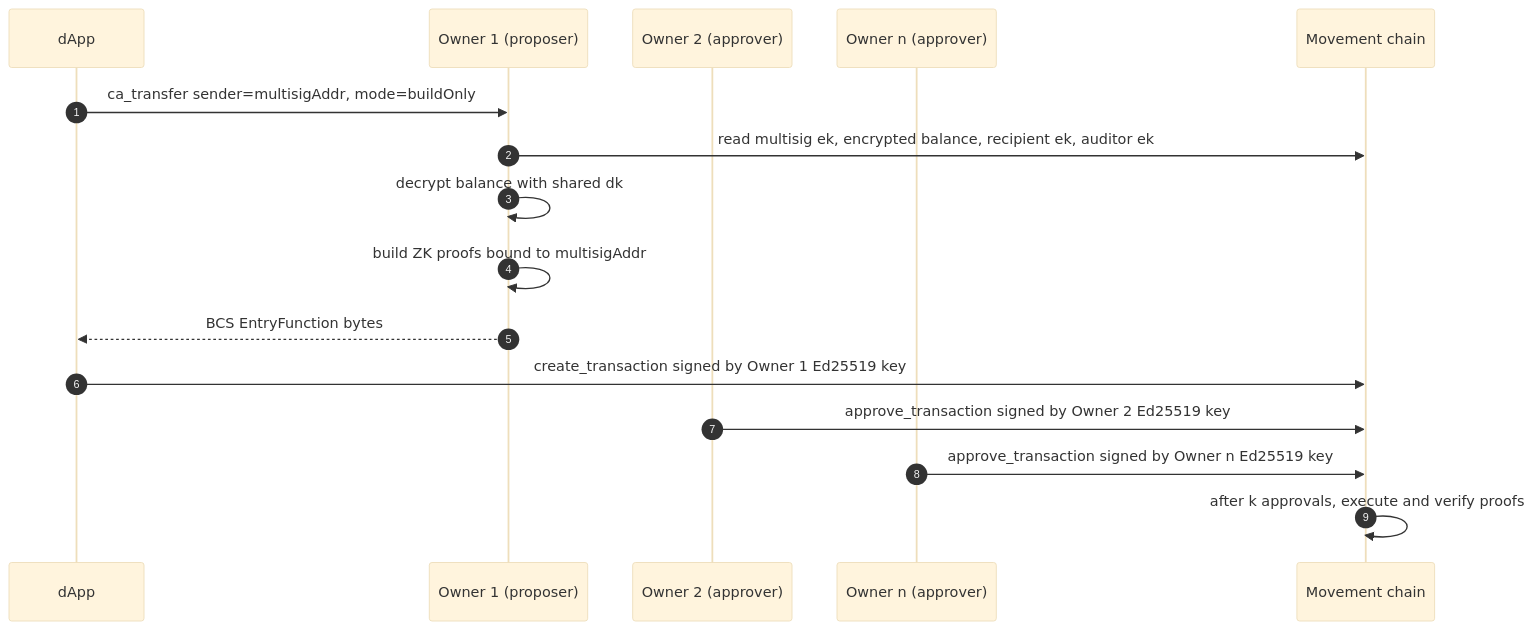
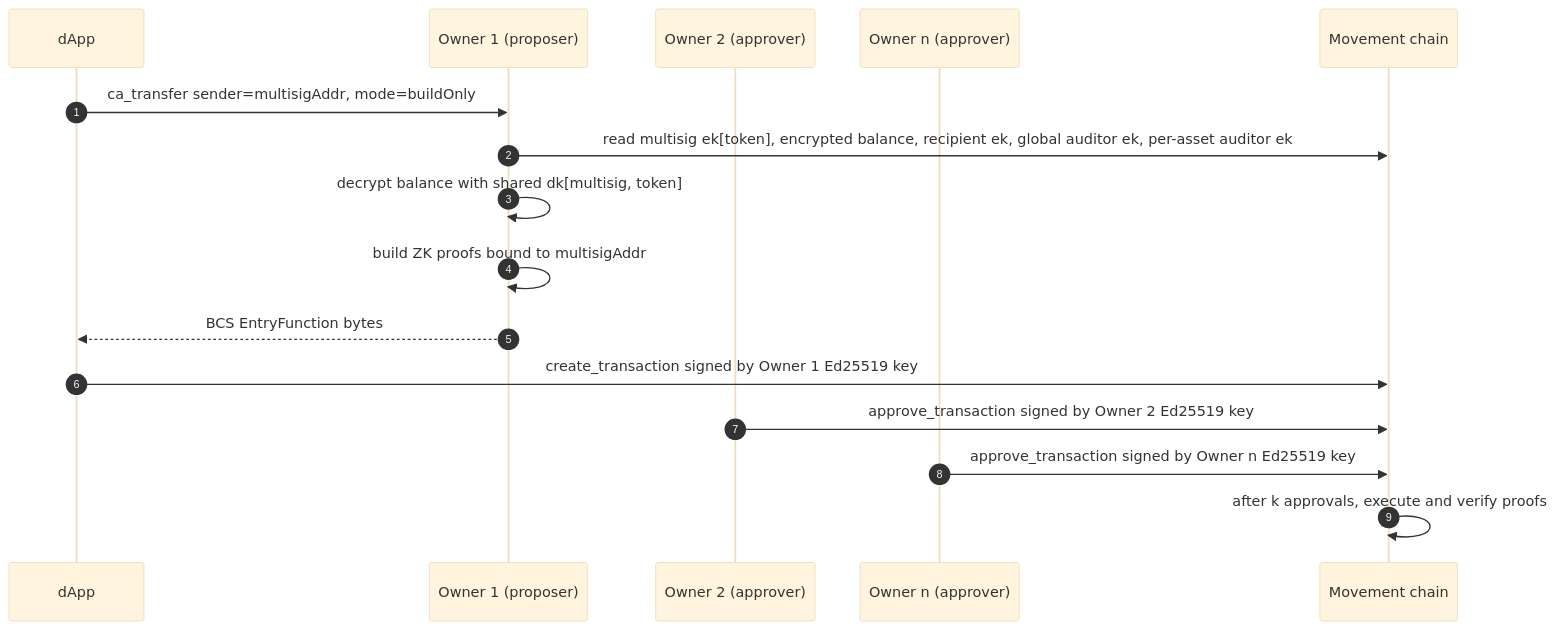
The diagram in confidential-assets/WALLET_INTEGRATION.md (MoveIndustries/ts-sdk), drawn with Mermaid (base theme) before and after one commit. The commit also changed other lines of this file, not shown here.

Commit message:
separate dk for every (account, token) pair, global auditor

````diff
--- a/confidential-assets/WALLET_INTEGRATION.md
+++ b/confidential-assets/WALLET_INTEGRATION.md
@@ -271,19 +411,19 @@
 ```mermaid
 sequenceDiagram
     autonumber
     participant App as dApp
     participant W1 as Owner 1 (proposer)
     participant W2 as Owner 2 (approver)
     participant Wn as Owner n (approver)
     participant Chain as Movement chain
 
     App->>W1: ca_transfer sender=multisigAddr, mode=buildOnly
-    W1->>Chain: read multisig ek, encrypted balance, recipient ek, auditor ek
-    W1->>W1: decrypt balance with shared dk
+    W1->>Chain: read multisig ek[token], encrypted balance, recipient ek, global auditor ek, per-asset auditor ek
+    W1->>W1: decrypt balance with shared dk[multisig, token]
     W1->>W1: build ZK proofs bound to multisigAddr
     W1-->>App: BCS EntryFunction bytes
     App->>Chain: create_transaction signed by Owner 1 Ed25519 key
     W2->>Chain: approve_transaction signed by Owner 2 Ed25519 key
     Wn->>Chain: approve_transaction signed by Owner n Ed25519 key
     Chain->>Chain: after k approvals, execute and verify proofs
 ```
````
